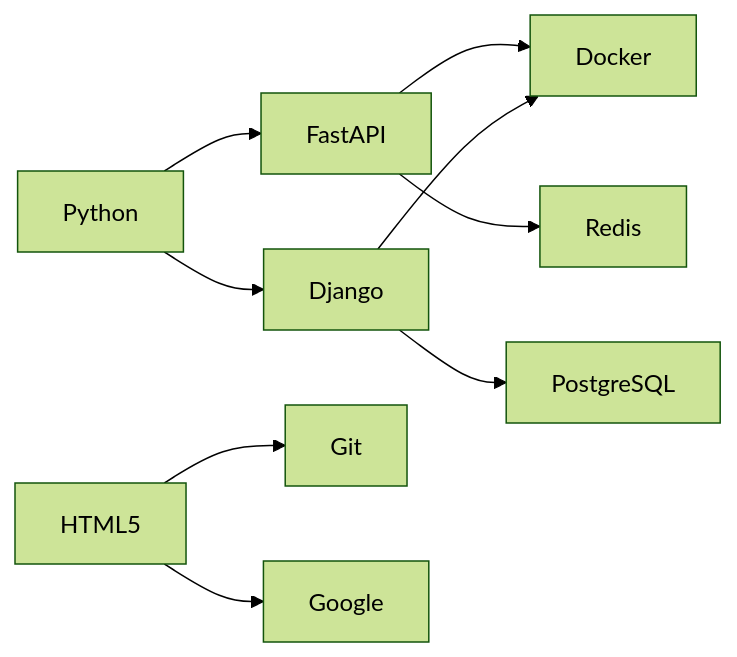
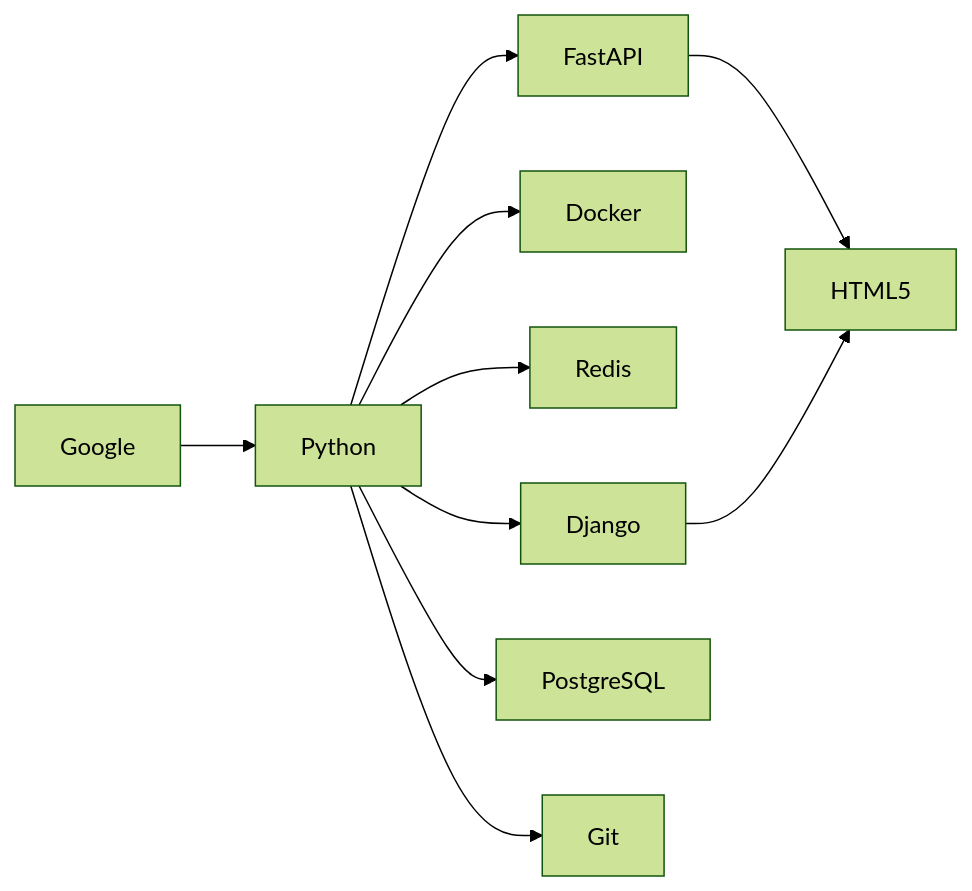
Before and after one commit to melixz/melixz: the diagram in README.md, drawn with Mermaid (forest theme). The commit also changed other lines of this file, not shown here.

````diff
--- a/README.md
+++ b/README.md
@@ -74,21 +74,22 @@
 ```mermaid
 graph LR
   A1[Python]
   B1[FastAPI]
   C1[Docker]
   D1[Redis]
   E1[Django]
   F1[PostgreSQL]
   G1[HTML5]
   H1[Git]
   I1[Google]
 
+  I1 --> A1
   A1 --> B1
   A1 --> E1
-  B1 --> C1
-  B1 --> D1
-  E1 --> C1
-  E1 --> F1
-  G1 --> H1
-  G1 --> I1
+  A1 --> H1
+  A1 --> F1
+  A1 --> D1
+  A1 --> C1
+  B1 --> G1
+  E1 --> G1
 ```
````
